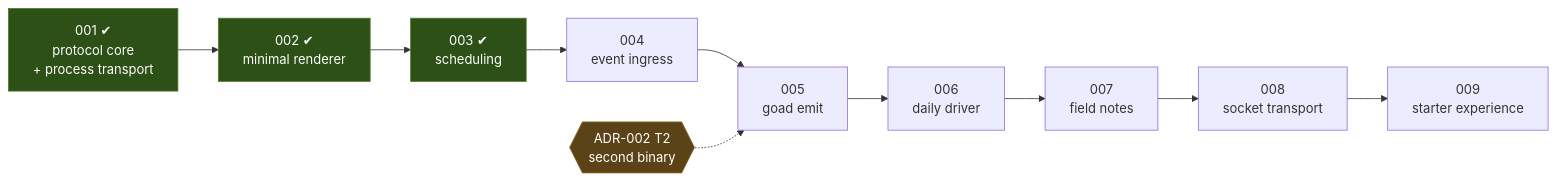
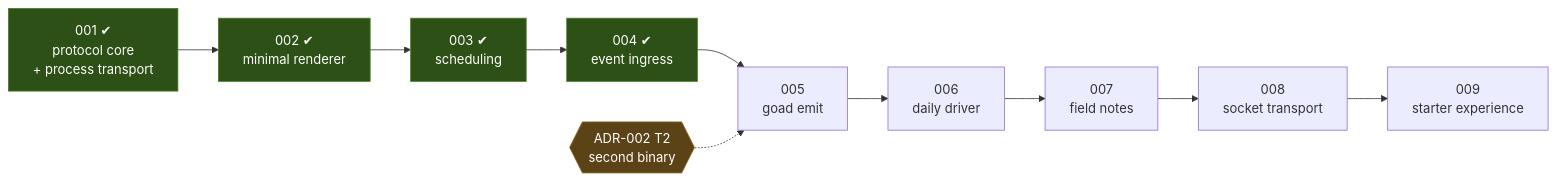
Before and after one commit to davidlee/goad: the diagram in docs/roadmap.md, drawn with Mermaid. The commit also changed other lines of this file and 7 other files, not shown here.

````diff
--- a/docs/roadmap.md
+++ b/docs/roadmap.md
@@ -49,22 +58,22 @@
 ```mermaid
 graph LR
   S1["001 ✔<br/>protocol core<br/>+ process transport"]
   S2["002 ✔<br/>minimal renderer"]
   S3["003 ✔<br/>scheduling"]
-  S4["004<br/>event ingress"]
+  S4["004 ✔<br/>event ingress"]
   S5["005<br/>goad emit"]
   S6["006<br/>daily driver"]
   S7["007<br/>field notes"]
   S8["008<br/>socket transport"]
   S9["009<br/>starter experience"]
 
   T2{{"ADR-002 T2<br/>second binary"}}
 
   S1 --> S2 --> S3 --> S4 --> S5 --> S6 --> S7 --> S8 --> S9
   T2 -.-> S5
 
   classDef done fill:#2d5016,stroke:#4a7c26,color:#fff
   classDef trigger fill:#5c4317,stroke:#8a6620,color:#fff
-  class S1,S2,S3 done
+  class S1,S2,S3,S4 done
   class T2 trigger
 ```
````
